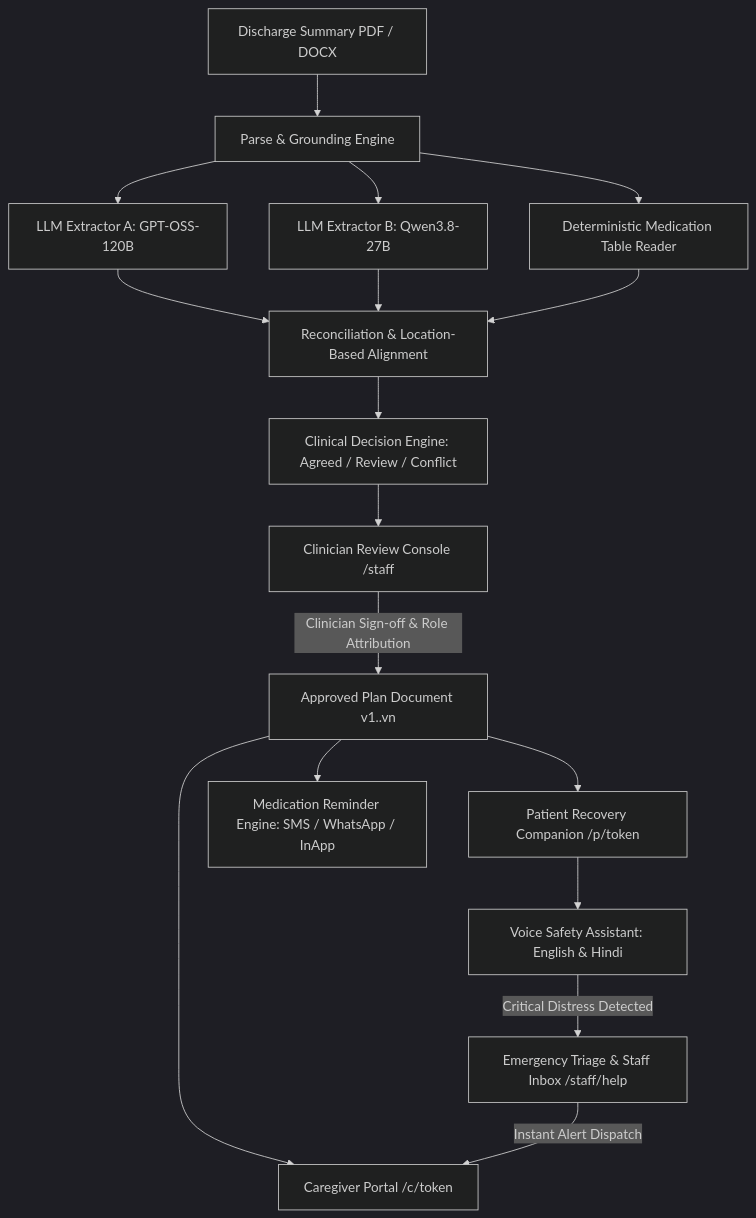
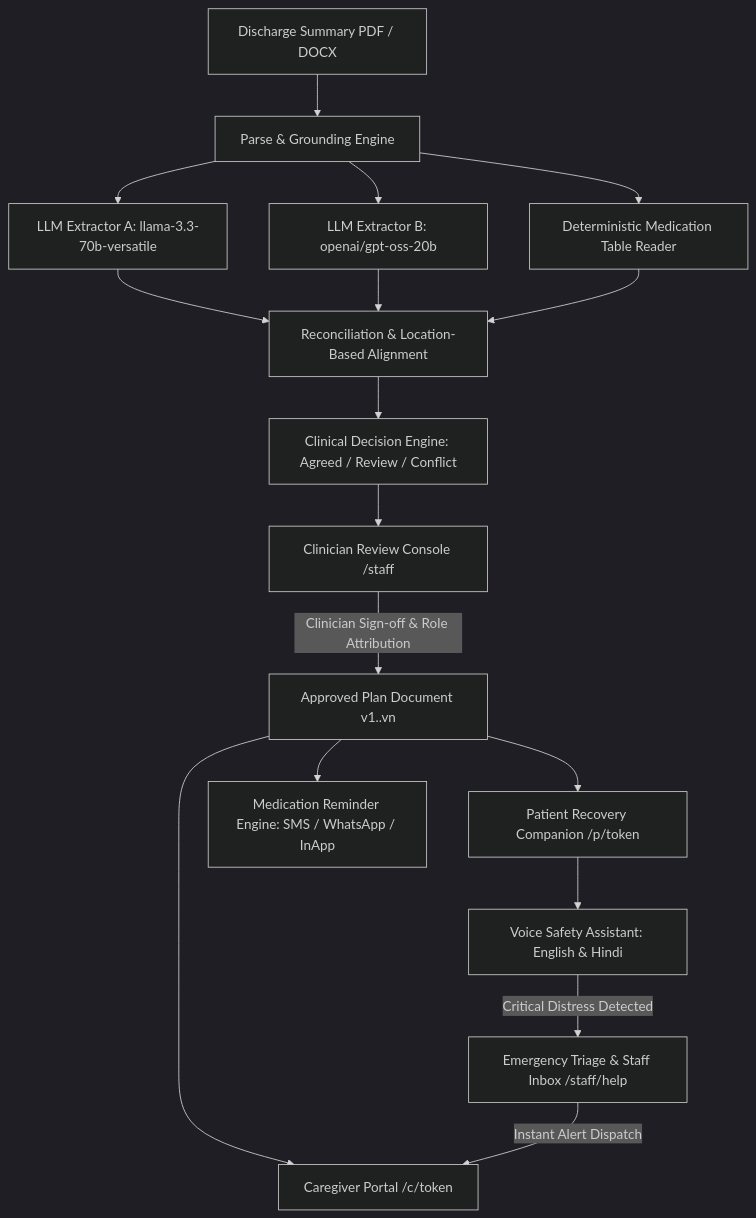
One commit to Rajshekhar6666/recoverright changed the diagram in README.md. Above: the diagram before and after it, drawn with Mermaid (dark theme). The commit also changed other lines of this file and 369 other files, not shown here.

````diff
--- a/README.md
+++ b/README.md
@@ -13,19 +13,19 @@
 ```mermaid
 graph TD
     A[Discharge Summary PDF / DOCX] --> B[Parse & Grounding Engine]
-    B --> C1[LLM Extractor A: GPT-OSS-120B]
-    B --> C2[LLM Extractor B: Qwen3.8-27B]
+    B --> C1[LLM Extractor A: llama-3.3-70b-versatile]
+    B --> C2[LLM Extractor B: openai/gpt-oss-20b]
     B --> C3[Deterministic Medication Table Reader]
     C1 --> D[Reconciliation & Location-Based Alignment]
     C2 --> D
     C3 --> D
     D --> E[Clinical Decision Engine: Agreed / Review / Conflict]
     E --> F[Clinician Review Console /staff]
     F -->|Clinician Sign-off & Role Attribution| G[Approved Plan Document v1..vn]
     G --> H1[Patient Recovery Companion /p/token]
     G --> H2[Caregiver Portal /c/token]
     G --> H3[Medication Reminder Engine: SMS / WhatsApp / InApp]
     H1 --> I[Voice Safety Assistant: English & Hindi]
     I -->|Critical Distress Detected| J[Emergency Triage & Staff Inbox /staff/help]
     J -->|Instant Alert Dispatch| H2
 ```
````
